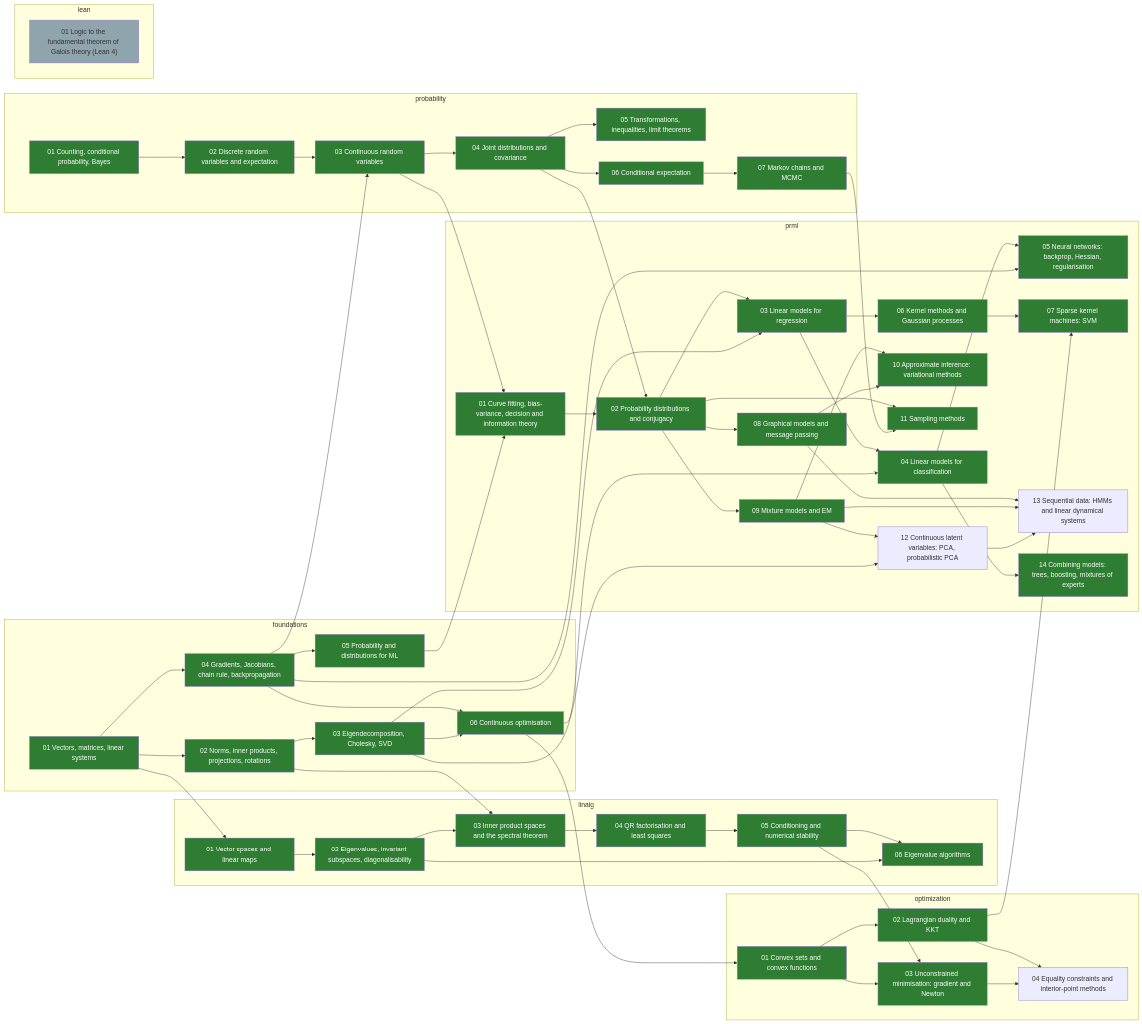
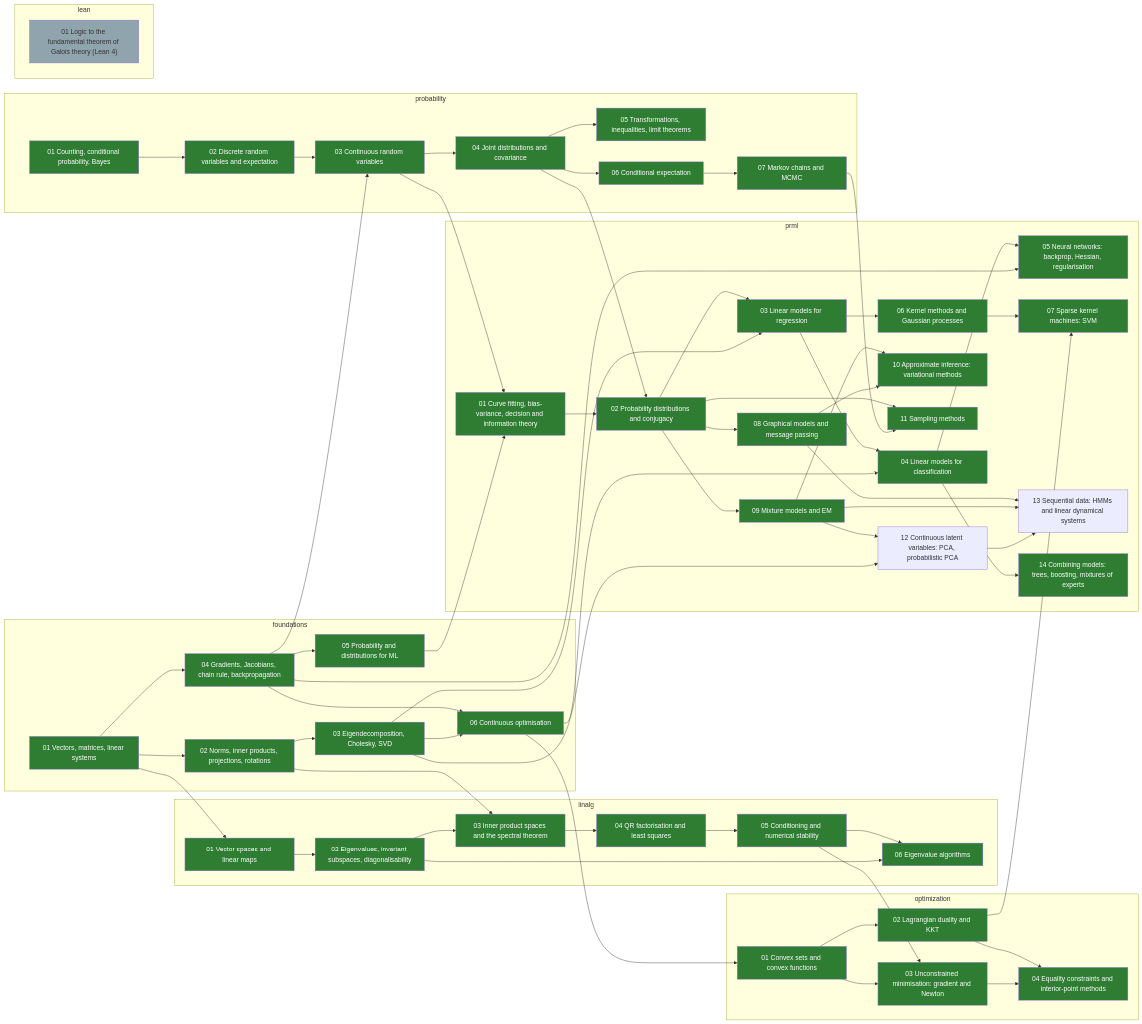
The diagram in skill-tree/README.md (alektebel/learn-stuff-from-scratch), drawn with Mermaid before and after one commit. The commit also changed other lines of this file and 8 other files, not shown here.

First line of the commit message:
math: build optimization-04-interior-point

```diff
--- a/skill-tree/README.md
+++ b/skill-tree/README.md
@@ -98,7 +98,7 @@
     optimization-01-convexity["01 Convex sets and convex functions"]:::done
     optimization-02-duality["02 Lagrangian duality and KKT"]:::done
     optimization-03-unconstrained["03 Unconstrained minimisation: gradient and Newton"]:::done
-    optimization-04-interior-point["04 Equality constraints and interior-point methods"]
+    optimization-04-interior-point["04 Equality constraints and interior-point methods"]:::done
   end
   subgraph prml
     prml-01-introduction["01 Curve fitting, bias-variance, decision and information theory"]:::done
```
